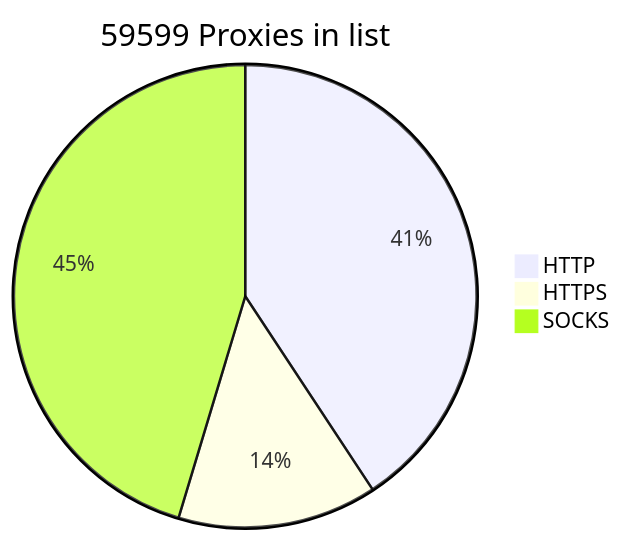
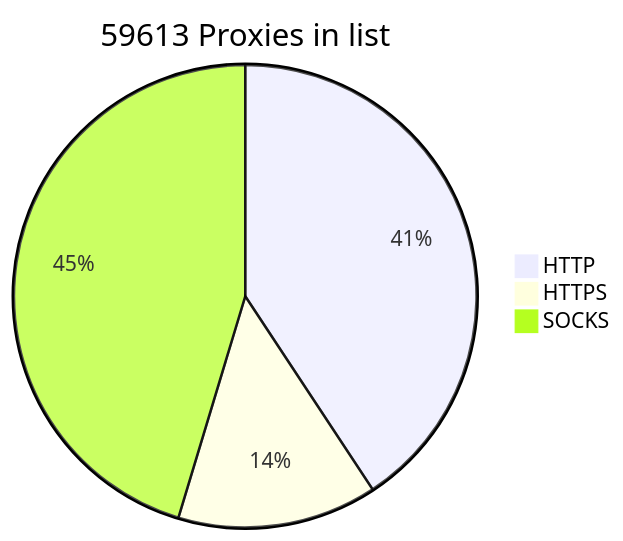
One commit to BlackSnowDot/proxylist-update-every-minute changed the diagram in README.md. Above: the diagram before and after it, drawn with Mermaid.

````diff
--- a/README.md
+++ b/README.md
@@ -2,6 +2,6 @@
 ```mermaid
-pie title 59599 Proxies in list
-    "HTTP" : 27391
-    "HTTPS": 9367
+pie title 59613 Proxies in list
+    "HTTP" : 27398
+    "HTTPS": 9382
     "SOCKS" : 30500
 ```
````
